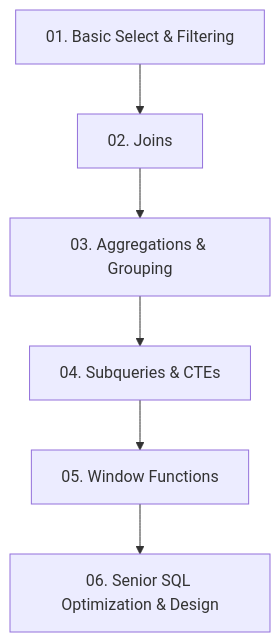
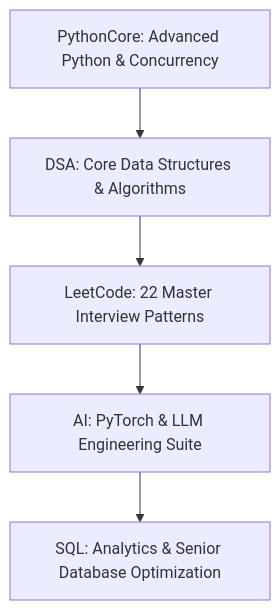
Before and after one commit to parameswarrout/python-coding: the diagram in README.md, drawn with Mermaid. The commit also changed other lines of this file and 10 other files, not shown here.

````diff
--- a/README.md
+++ b/README.md
@@ -66,8 +9,7 @@
 ```mermaid
 graph TD
-    A[01. Basic Select & Filtering] --> B[02. Joins]
-    B --> C[03. Aggregations & Grouping]
-    C --> D[04. Subqueries & CTEs]
-    D --> E[05. Window Functions]
-    E --> F[06. Senior SQL Optimization & Design]
+    A[PythonCore: Advanced Python & Concurrency] --> B[DSA: Core Data Structures & Algorithms]
+    B --> C[LeetCode: 22 Master Interview Patterns]
+    C --> D[AI: PyTorch & LLM Engineering Suite]
+    D --> E[SQL: Analytics & Senior Database Optimization]
 ```
````
